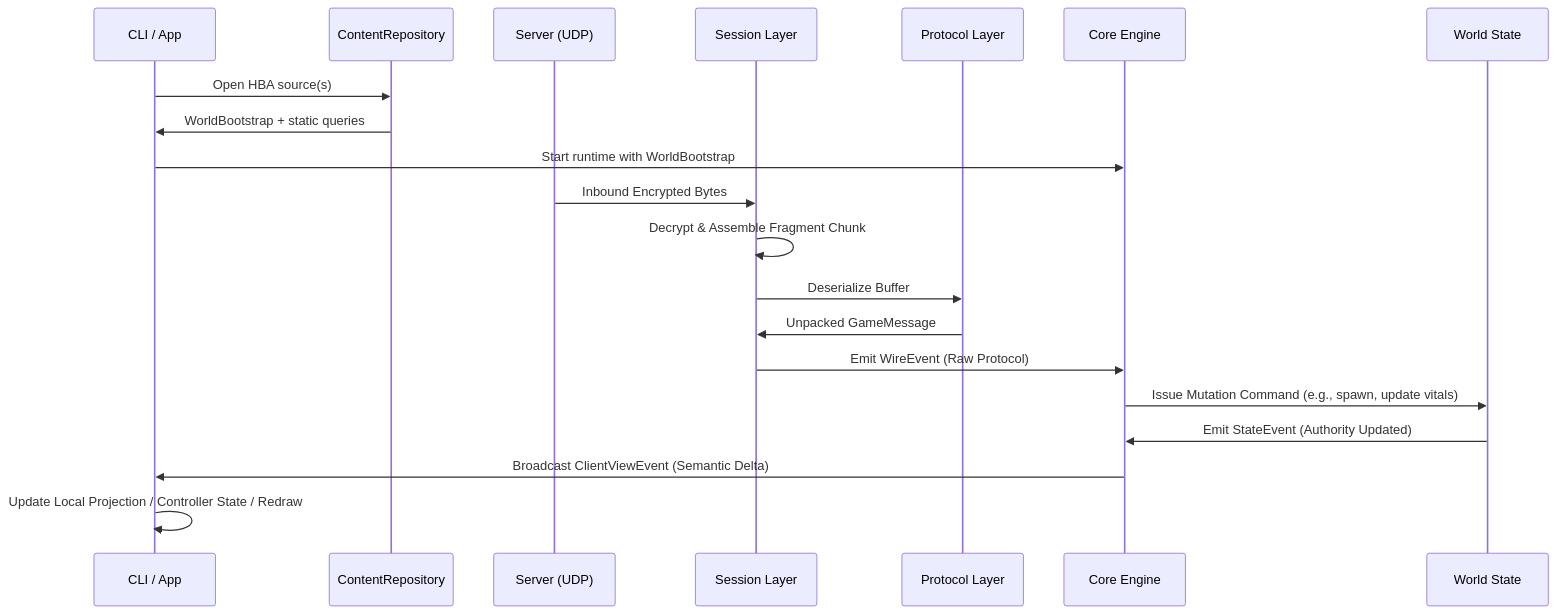
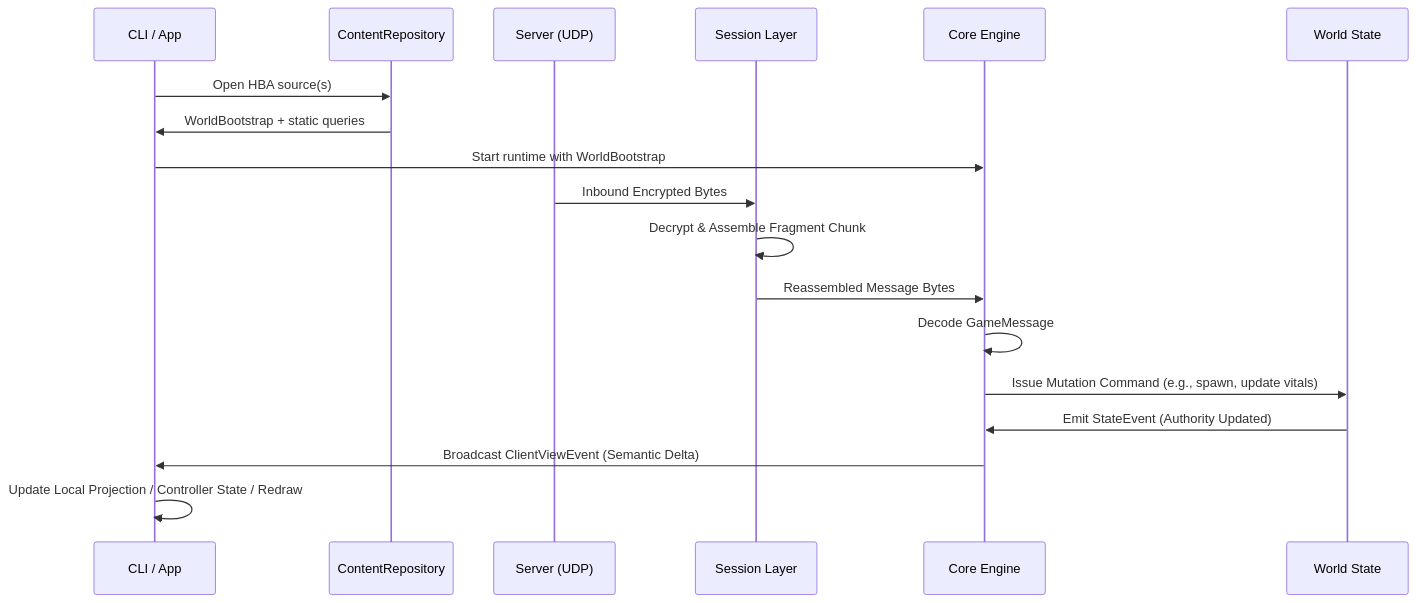
One commit to merklejerk/holtburger changed the second of 2 diagrams in ARCHITECTURE.md. Above: the diagram before and after it, drawn with Mermaid. The commit also changed other lines of this file and 11 other files, not shown here.

Commit message:
remove WireEvent

````diff
--- a/ARCHITECTURE.md
+++ b/ARCHITECTURE.md
@@ -95,26 +95,24 @@
 ```mermaid
 sequenceDiagram
     participant App as CLI / App
     participant Content as ContentRepository
     participant Srv as Server (UDP)
     participant Sess as Session Layer
-    participant Proto as Protocol Layer
     participant Core as Core Engine
     participant World as World State
 
     App->>Content: Open HBA source(s)
     Content->>App: WorldBootstrap + static queries
     App->>Core: Start runtime with WorldBootstrap
 
     Srv->>Sess: Inbound Encrypted Bytes
     Sess->>Sess: Decrypt & Assemble Fragment Chunk
-    Sess->>Proto: Deserialize Buffer
-    Proto->>Sess: Unpacked GameMessage
-    Sess->>Core: Emit WireEvent (Raw Protocol)
+    Sess->>Core: Reassembled Message Bytes
+    Core->>Core: Decode GameMessage
     
     Core->>World: Issue Mutation Command (e.g., spawn, update vitals)
     World->>Core: Emit StateEvent (Authority Updated)
     
     Core->>App: Broadcast ClientViewEvent (Semantic Delta)
     App->>App: Update Local Projection / Controller State / Redraw
 ```
````
